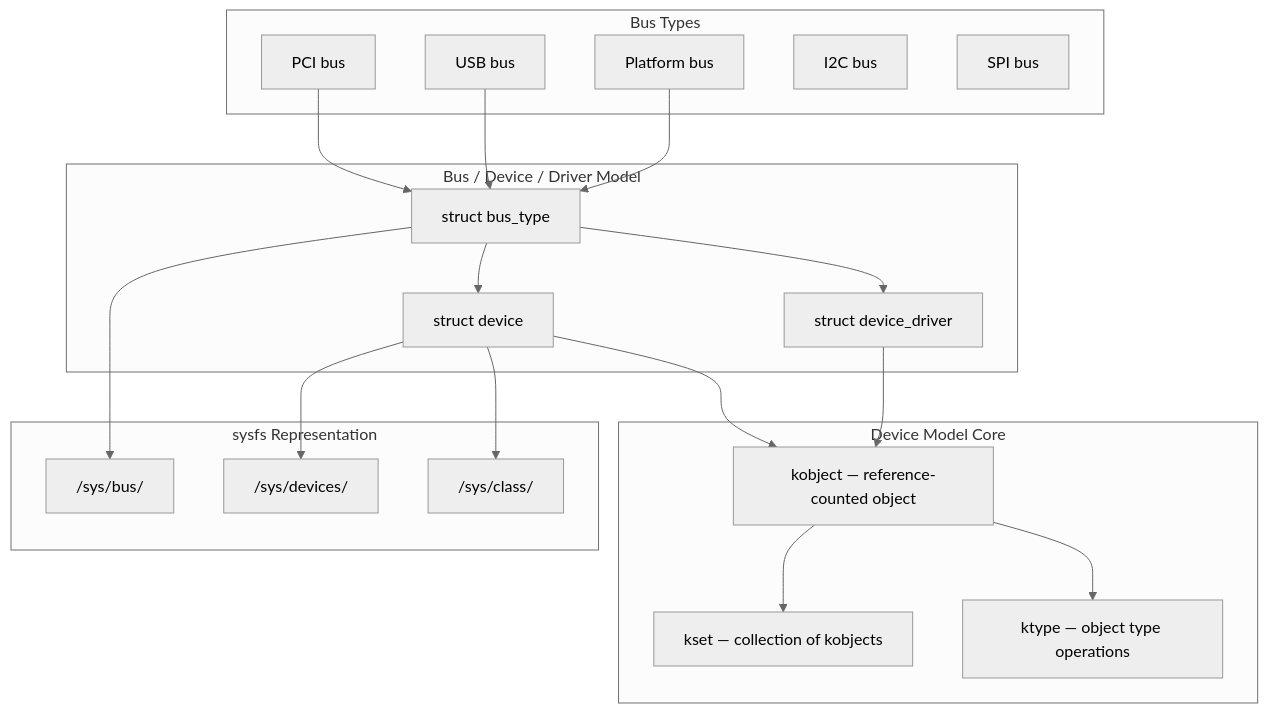
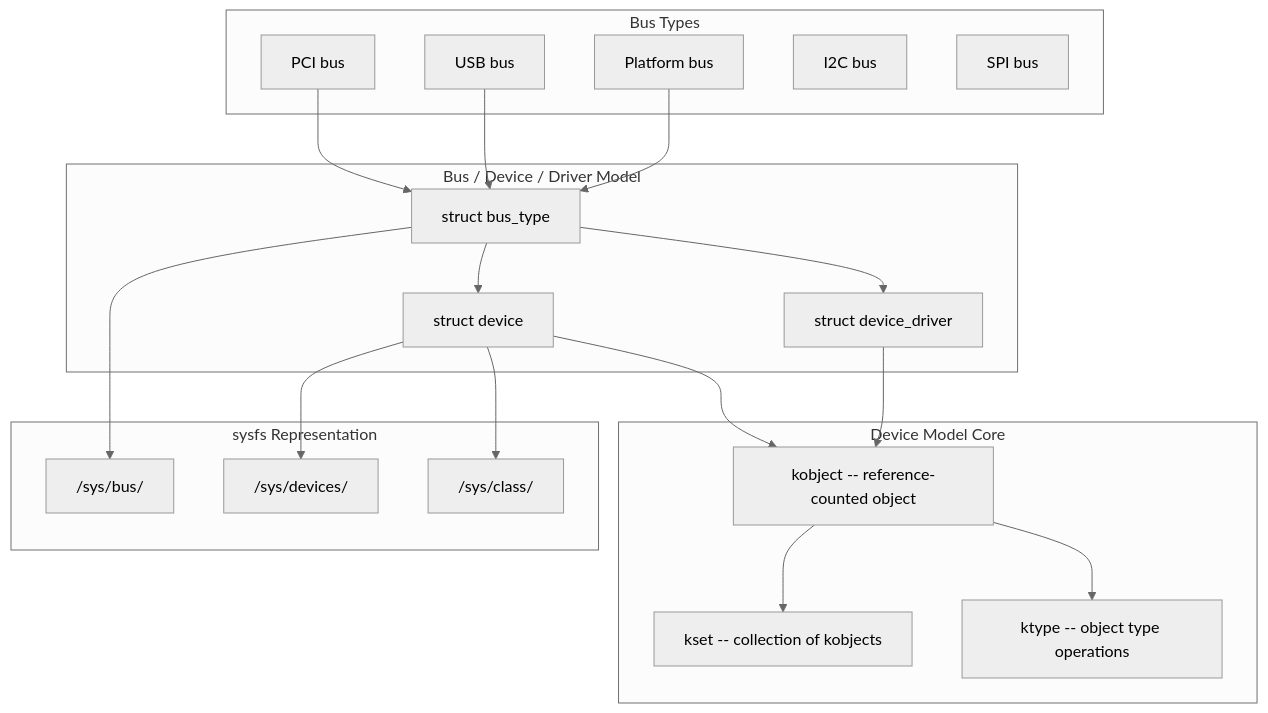
One commit to Abhinav-Kumar012/lb2 changed the eighth of 12 diagrams in src/kernel/architecture.md. Above: the diagram before and after it, drawn with Mermaid (neutral theme). The commit also changed other lines of this file and 211 other files, not shown here.

First line of the commit message:
fix: mermaid syntax issues across 212 files

````diff
--- a/src/kernel/architecture.md
+++ b/src/kernel/architecture.md
@@ -542,41 +542,41 @@
 ```mermaid
 graph TB
     subgraph "Device Model Core"
-        KOBJ[kobject — reference-counted object]
-        KSET[kset — collection of kobjects]
-        KTYPE[ktype — object type operations]
+        KOBJ[kobject -- reference-counted object]
+        KSET[kset -- collection of kobjects]
+        KTYPE[ktype -- object type operations]
     end
 
     subgraph "Bus / Device / Driver Model"
         BUS[struct bus_type]
         DEVICE[struct device]
         DRIVER[struct device_driver]
     end
 
     subgraph "Bus Types"
         PCI[PCI bus]
         USB[USB bus]
         PLATFORM[Platform bus]
         I2C[I2C bus]
         SPI[SPI bus]
     end
 
     subgraph "sysfs Representation"
         SYSFS_BUS["/sys/bus/"]
         SYSFS_DEV["/sys/devices/"]
         SYSFS_CLASS["/sys/class/"]
     end
 
     KOBJ --> KSET
     KOBJ --> KTYPE
     BUS --> DEVICE
     BUS --> DRIVER
     DEVICE --> KOBJ
     DRIVER --> KOBJ
     PCI --> BUS
     USB --> BUS
     PLATFORM --> BUS
     BUS --> SYSFS_BUS
     DEVICE --> SYSFS_DEV
     DEVICE --> SYSFS_CLASS
 ```
````
